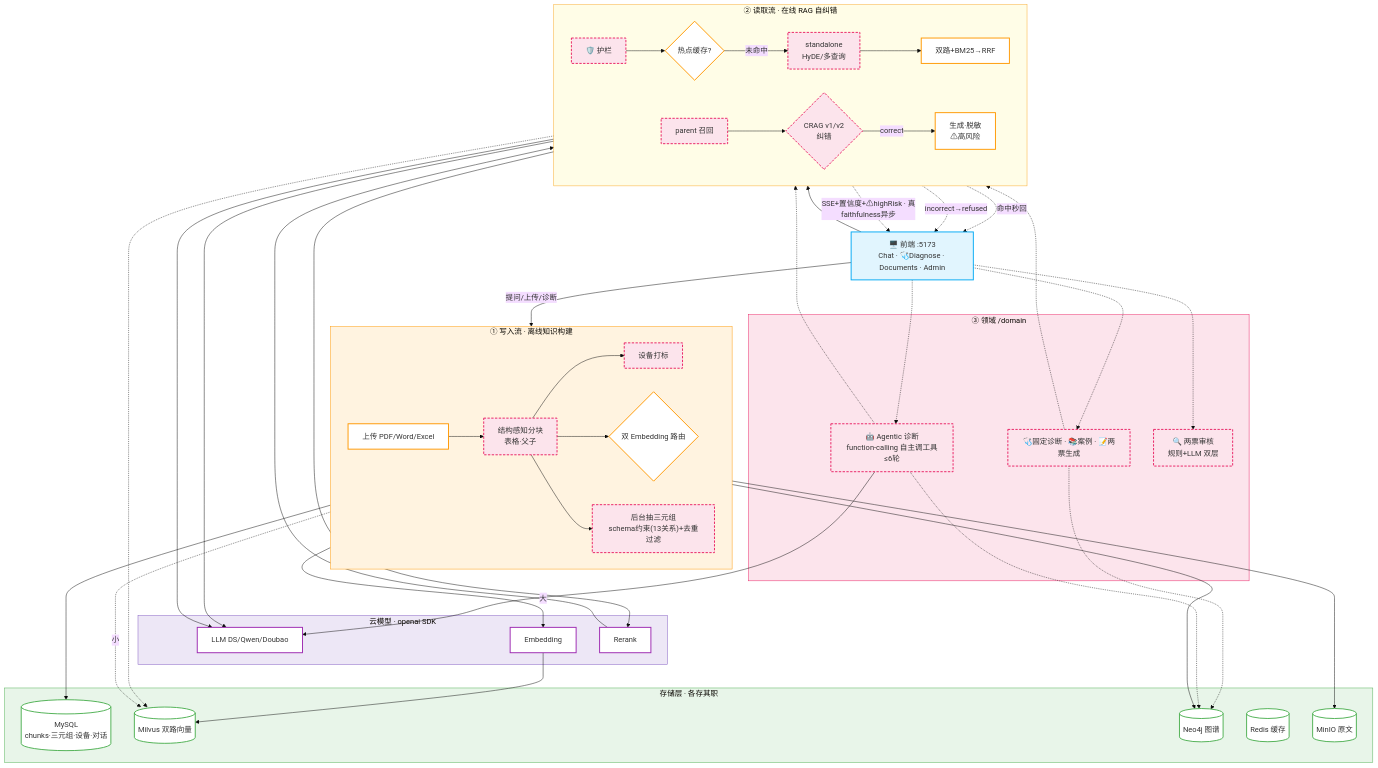
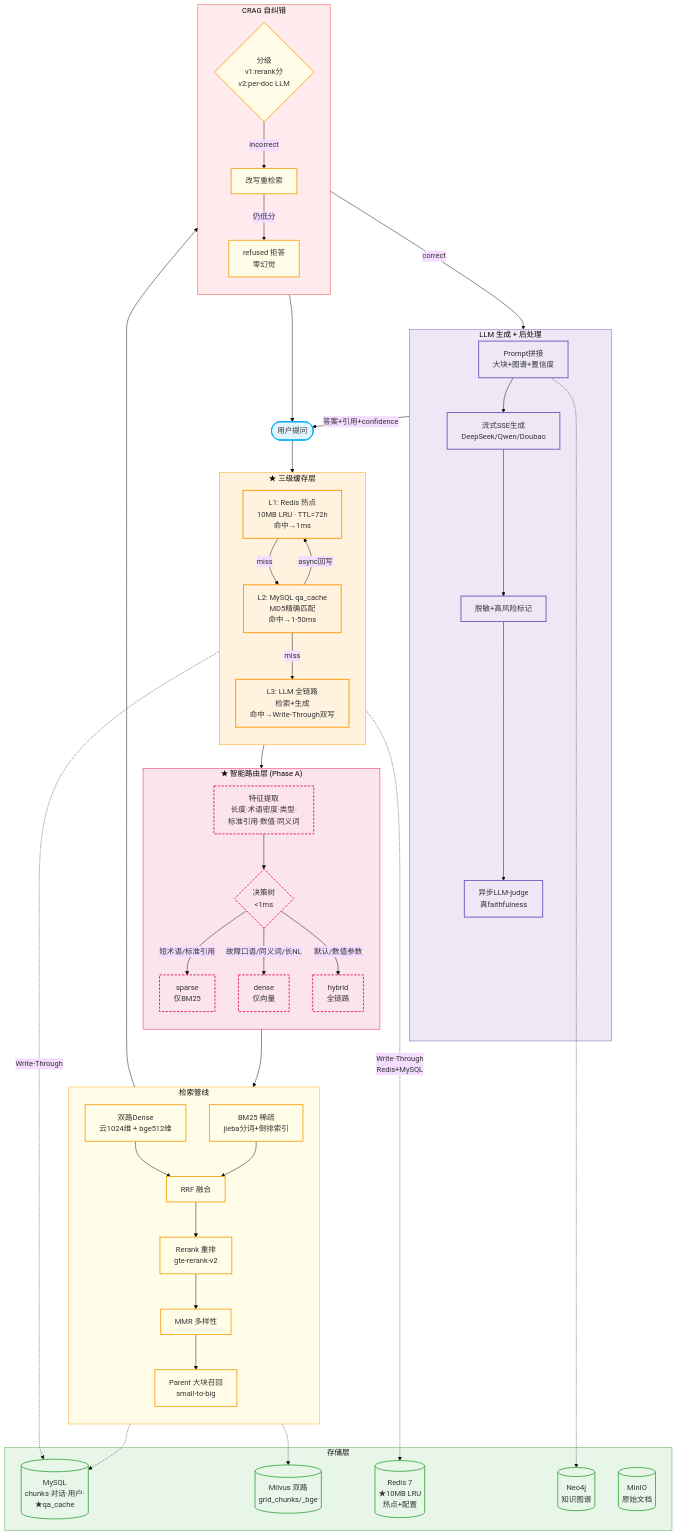
The first of 3 diagrams in README.md (zhyese/grid-qa), drawn with Mermaid (base theme) before and after one commit. The commit also changed other lines of this file, not shown here.

First line of the commit message:
docs: 重写 README — 更新全部流程图(三级缓存+智能路由+CRAG时序) + 精简结构

````diff
--- a/README.md
+++ b/README.md
@@ -46,77 +11,91 @@
 ```mermaid
-graph TB
+flowchart TD
     classDef client fill:#e1f5fe,stroke:#03a9f4,stroke-width:2px
-    classDef process fill:#ffffff,stroke:#ff9800,stroke-width:2px
-    classDef storage fill:#ffffff,stroke:#4caf50,stroke-width:2px
-    classDef llm fill:#ffffff,stroke:#9c27b0,stroke-width:2px
-    classDef new fill:#fce4ec,stroke:#e91e63,stroke-width:2px,stroke-dasharray:5 3
+    classDef cache fill:#fff3e0,stroke:#ff9800,stroke-width:2px
+    classDef routing fill:#fce4ec,stroke:#e91e63,stroke-width:2px,stroke-dasharray:5 3
+    classDef retrieval fill:#fffde7,stroke:#f9a825,stroke-width:2px
+    classDef llm fill:#ede7f6,stroke:#7e57c2,stroke-width:2px
+    classDef storage fill:#e8f5e9,stroke:#4caf50,stroke-width:2px
 
-    FE["🖥️ 前端 :5173<br/>Chat · 🩺Diagnose · Documents · Admin"]:::client
+    User(["用户提问"]):::client
 
-    subgraph WRITE["① 写入流 · 离线知识构建"]
-        direction LR
-        Upload["上传 PDF/Word/Excel"]:::process
-        Parse["结构感知分块<br/>表格·父子"]:::new
-        EqTag["设备打标"]:::new
-        EmbR{"双 Embedding 路由"}:::process
-        ExtKG["后台抽三元组<br/>schema约束(13关系)+去重过滤"]:::new
+    subgraph CACHE ["★ 三级缓存层"]
+        direction TB
+        L1["L1: Redis 热点<br/>10MB LRU · TTL=72h<br/>命中→1ms"]:::cache
+        L2["L2: MySQL qa_cache<br/>MD5精确匹配<br/>命中→1-50ms"]:::cache
+        L3["L3: LLM 全链路<br/>检索+生成<br/>命中→Write-Through双写"]:::cache
+        L1 -->|miss| L2 -->|miss| L3
+        L2 -->|"async回写"| L1
     end
 
-    subgraph READ["② 读取流 · 在线 RAG 自纠错"]
-        direction LR
-        Guard["🛡️ 护栏"]:::new
-        Cache{"热点缓存?"}:::process
-        Stand["standalone<br/>HyDE/多查询"]:::new
-        Ret["双路+BM25→RRF"]:::process
-        Parent["parent 召回"]:::new
-        CRAG{"CRAG v1/v2<br/>纠错"}:::new
-        Gen["生成·脱敏<br/>⚠高风险"]:::process
+    subgraph ROUTE ["★ 智能路由层 (Phase A)"]
+        direction TB
+        FEAT["特征提取<br/>长度·术语密度·类型·<br/>标准引用·数值·同义词"]:::routing
+        TREE{"决策树<br/><1ms"}:::routing
+        S["sparse<br/>仅BM25"]:::routing
+        D["dense<br/>仅向量"]:::routing
+        H["hybrid<br/>全链路"]:::routing
+        FEAT --> TREE
+        TREE -->|"短术语/标准引用"| S
+        TREE -->|"故障口语/同义词/长NL"| D
+        TREE -->|"默认/数值参数"| H
     end
 
-    subgraph DOMAIN["③ 领域 /domain"]
-        Diag["🩺固定诊断 · 📚案例 · 📝两票生成"]:::new
-        Agent["🤖 Agentic 诊断<br/>function-calling 自主调工具≤6轮"]:::new
-        Audit["🔍 两票审核<br/>规则+LLM 双层"]:::new
+    subgraph RETRIEVAL ["检索管线"]
+        direction TB
+        DENSE["双路Dense<br/>云1024维 + bge512维"]:::retrieval
+        BM25["BM25 稀疏<br/>jieba分词+倒排索引"]:::retrieval
+        RRF["RRF 融合"]:::retrieval
+        RERANK["Rerank 重排<br/>gte-rerank-v2"]:::retrieval
+        MMR["MMR 多样性"]:::retrieval
+        PARENT["Parent 大块召回<br/>small-to-big"]:::retrieval
+        DENSE --> RRF
+        BM25 --> RRF
+        RRF --> RERANK --> MMR --> PARENT
     end
 
-    subgraph STORE["存储层 · 各存其职"]
-        MySQL[("MySQL<br/>chunks·三元组·设备·对话")]:::storage
-        Milvus[("Milvus 双路向量")]:::storage
-        Neo4j[("Neo4j 图谱")]:::storage
-        Redis[("Redis 缓存")]:::storage
-        MinIO[("MinIO 原文")]:::storage
+    subgraph CRAG ["CRAG 自纠错"]
+        direction TB
+        GRADE{"分级<br/>v1:rerank分<br/>v2:per-doc LLM"}:::retrieval
+        REWRITE["改写重检索"]:::retrieval
+        REFUSE["refused 拒答<br/>零幻觉"]:::retrieval
+        GRADE -->|"incorrect"| REWRITE
+        REWRITE -->|"仍低分"| REFUSE
     end
 
-    subgraph CLOUD["云模型 · openai SDK"]
-        LLM["LLM DS/Qwen/Doubao"]:::llm
-        EMB["Embedding"]:::llm
-        RR["Rerank"]:::llm
+    subgraph LLMGEN ["LLM 生成 + 后处理"]
+        PROMPT["Prompt拼接<br/>大块+图谱+置信度"]:::llm
+        GEN["流式SSE生成<br/>DeepSeek/Qwen/Doubao"]:::llm
+        SAFE["脱敏+高风险标记"]:::llm
+        JUDGE["异步LLM-judge<br/>真faithfulness"]:::llm
+        PROMPT --> GEN --> SAFE --> JUDGE
     end
 
-    FE -->|"提问/上传/诊断"| Upload
-    FE --> Guard
-    FE -.-> Diag & Agent & Audit
-    Upload --> MinIO
-    Upload --> Parse --> MySQL & EqTag & EmbR & ExtKG
-    EmbR -->|"大"| EMB --> Milvus
-    EmbR -.->|"小"| Milvus
-    ExtKG --> Neo4j
-    Guard --> Cache
-    Cache -.->|"命中秒回"| FE
-    Cache -->|"未命中"| Stand
-    Stand --> LLM
-    Stand --> Ret --> RR --> Parent --> CRAG
-    Ret -.-> Milvus
-    CRAG -->|"correct"| Gen --> LLM
-    CRAG -.->|"incorrect→refused"| FE
-    Gen -.->|"SSE+置信度+⚠highRisk · 真faithfulness异步"| FE
-    Diag -.-> Ret & Neo4j
-    Agent -.-> Ret & Neo4j
-    Agent --> LLM
+    subgraph STORE ["存储层"]
+        MySQL[("MySQL<br/>chunks·对话·用户·<br/>★qa_cache")]:::storage
+        Milvus[("Milvus 双路<br/>grid_chunks/_bge")]:::storage
+        Redis[("Redis 7<br/>★10MB LRU<br/>热点+配置")]:::storage
+        Neo4j[("Neo4j<br/>知识图谱")]:::storage
+        MinIO[("MinIO<br/>原始文档")]:::storage
+    end
 
-    style WRITE fill:#fff3e0,stroke:#ff9800
-    style READ fill:#fffde7,stroke:#f9a825
-    style DOMAIN fill:#fce4ec,stroke:#e91e63
+    User --> CACHE
+    L3 --> ROUTE
+    ROUTE --> RETRIEVAL
+    RETRIEVAL --> CRAG
+    CRAG -->|"correct"| LLMGEN
+    REFUSE --> User
+    LLMGEN -->|"答案+引用+confidence"| User
+    L3 -.->|"Write-Through<br/>Redis+MySQL"| Redis
+    L3 -.->|"Write-Through"| MySQL
+    RETRIEVAL -.-> Milvus
+    PROMPT -.-> Neo4j
+    PARENT -.-> MySQL
+
+    style CACHE fill:#fff3e0,stroke:#ff9800
+    style ROUTE fill:#fce4ec,stroke:#e91e63
+    style RETRIEVAL fill:#fffde7,stroke:#f9a825
+    style CRAG fill:#ffebee,stroke:#f44336
+    style LLMGEN fill:#ede7f6,stroke:#7e57c2
     style STORE fill:#e8f5e9,stroke:#4caf50
-    style CLOUD fill:#ede7f6,stroke:#7e57c2
 ```
````
